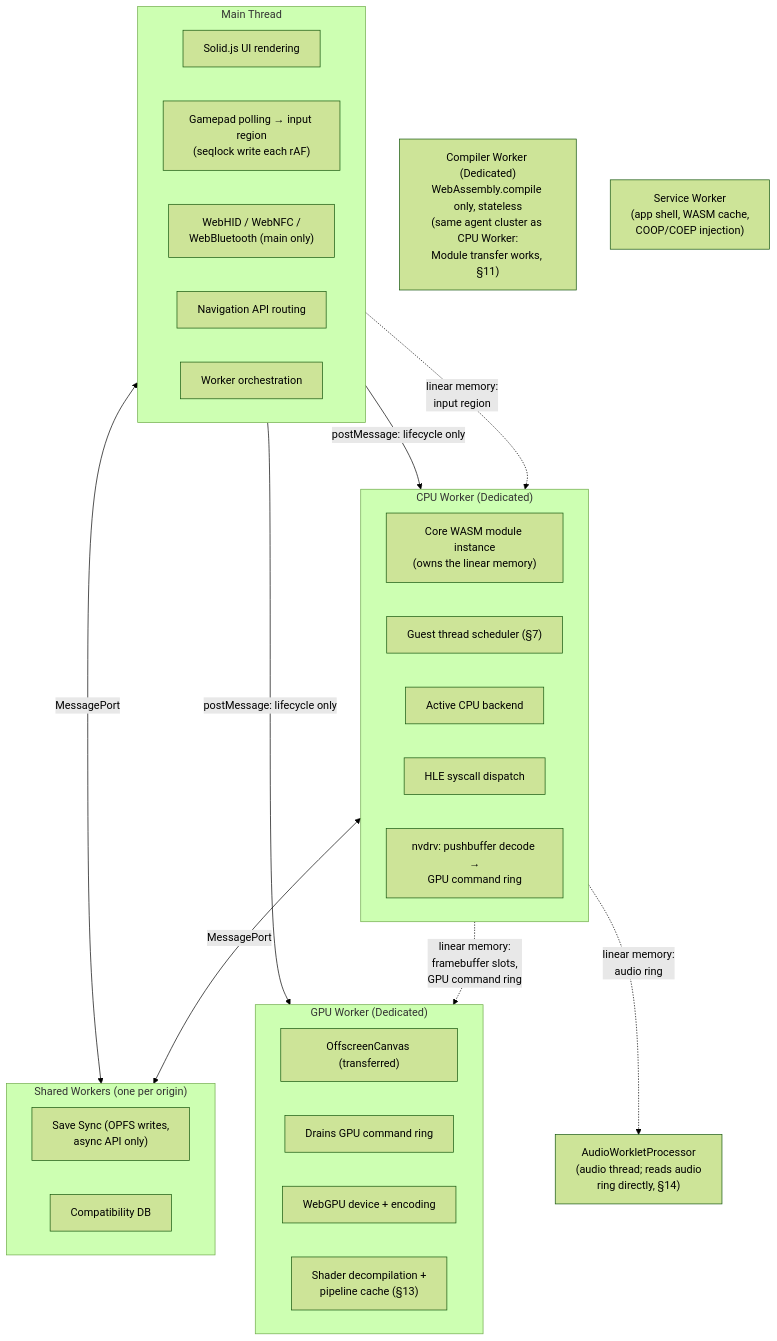
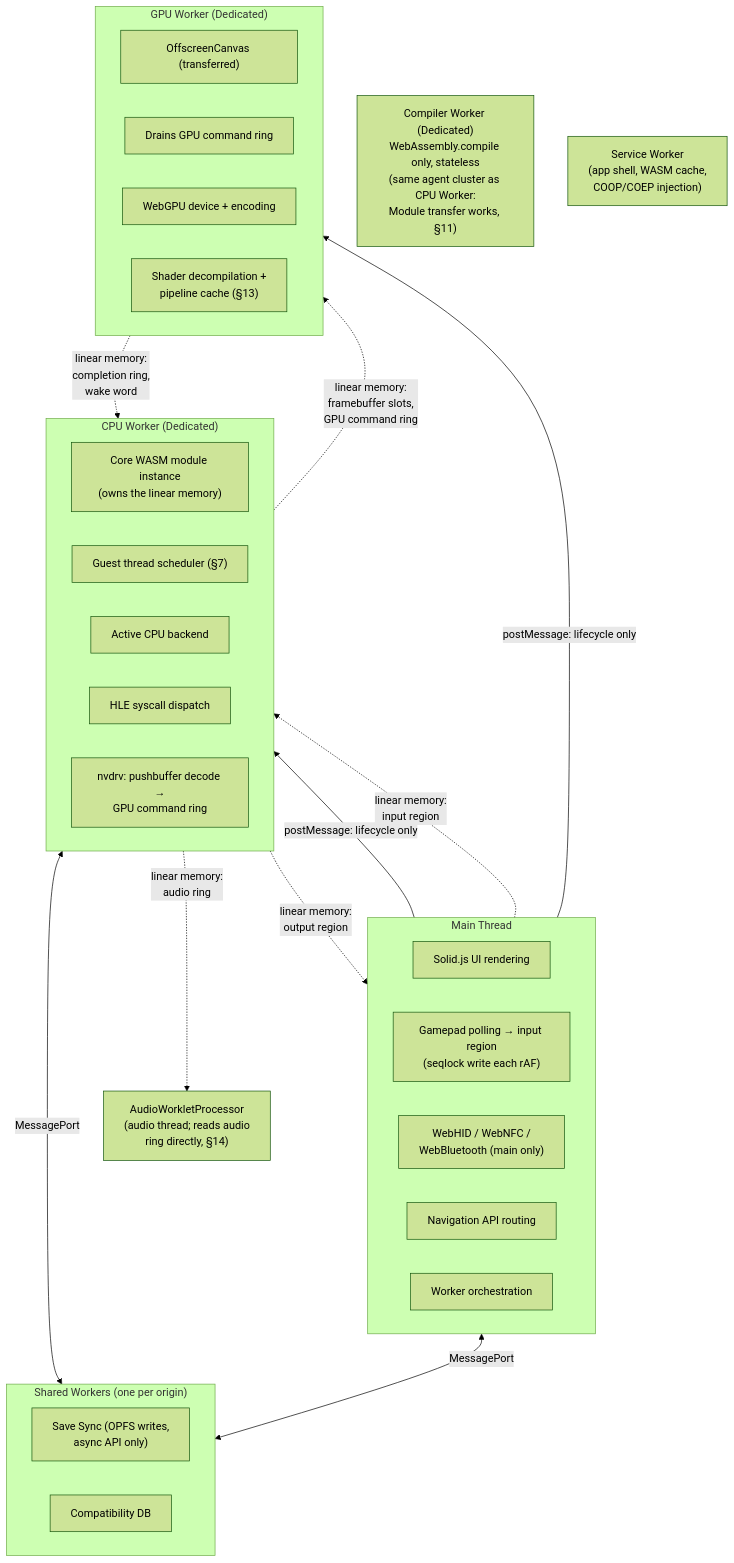
One commit to voland-emu/Voland changed the second of 15 diagrams in docs/DESIGN.md. Above: the diagram before and after it, drawn with Mermaid (forest theme). The commit also changed other lines of this file and 1 other file, not shown here.

````diff
--- a/docs/DESIGN.md
+++ b/docs/DESIGN.md
@@ -609,45 +650,47 @@
 ```mermaid
 flowchart TB
     subgraph Main["Main Thread"]
         UI["Solid.js UI rendering"]
         GP["Gamepad polling → input region<br/>(seqlock write each rAF)"]
         HID["WebHID / WebNFC /<br/>WebBluetooth (main only)"]
         NAV["Navigation API routing"]
         ORCH["Worker orchestration"]
     end
 
     subgraph CPU["CPU Worker (Dedicated)"]
         CORE["Core WASM module instance<br/>(owns the linear memory)"]
         SCHED["Guest thread scheduler (§7)"]
         BACK["Active CPU backend"]
         HLED["HLE syscall dispatch"]
         NVD["nvdrv: pushbuffer decode →<br/>GPU command ring"]
     end
 
     subgraph GPU["GPU Worker (Dedicated)"]
         OFF["OffscreenCanvas (transferred)"]
         DRAIN["Drains GPU command ring"]
         WGPU["WebGPU device + encoding"]
         SHC["Shader decompilation +<br/>pipeline cache (§13)"]
     end
 
     COMPW["Compiler Worker (Dedicated)<br/>WebAssembly.compile only, stateless<br/>(same agent cluster as CPU Worker:<br/>Module transfer works, §11)"]
 
     AWP["AudioWorkletProcessor<br/>(audio thread; reads audio<br/>ring directly, §14)"]
 
     subgraph SHARED["Shared Workers (one per origin)"]
         SAVE["Save Sync (OPFS writes,<br/>async API only)"]
         DB["Compatibility DB"]
     end
 
     SW["Service Worker<br/>(app shell, WASM cache,<br/>COOP/COEP injection)"]
 
     Main -->|postMessage: lifecycle only| CPU
     Main -->|postMessage: lifecycle only| GPU
     Main <-->|MessagePort| SHARED
     CPU <-->|MessagePort| SHARED
 
     Main -.->|"linear memory:<br/>input region"| CPU
     CPU -.->|"linear memory:<br/>framebuffer slots,<br/>GPU command ring"| GPU
     CPU -.->|"linear memory:<br/>audio ring"| AWP
+    GPU -.->|"linear memory:<br/>completion ring,<br/>wake word"| CPU
+    CPU -.->|"linear memory:<br/>output region"| Main
 ```
````
